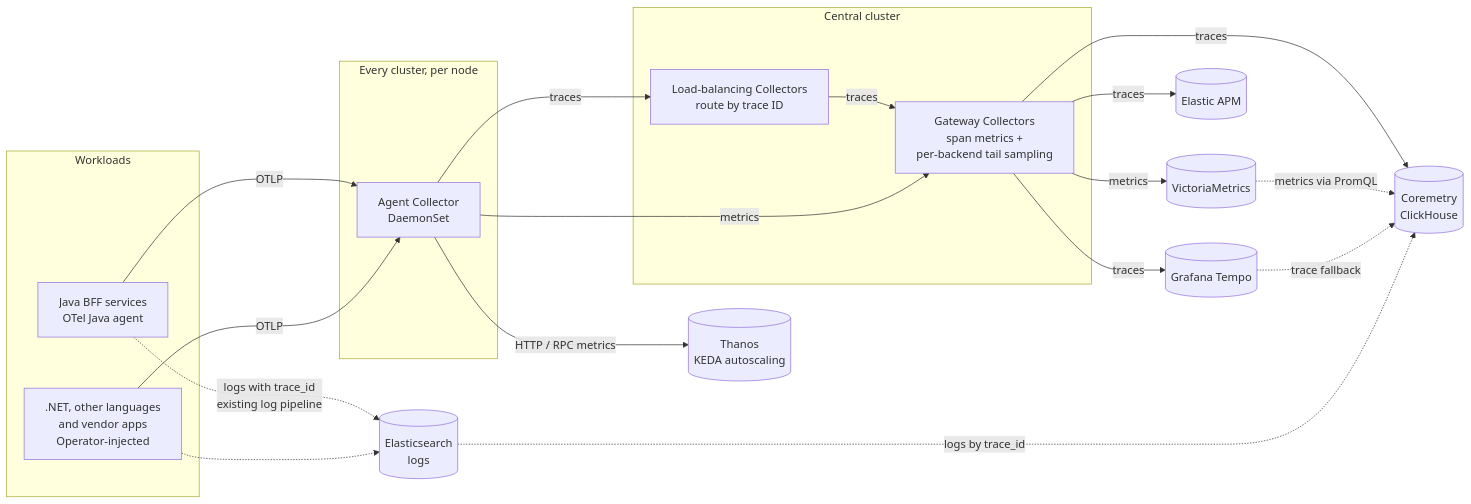
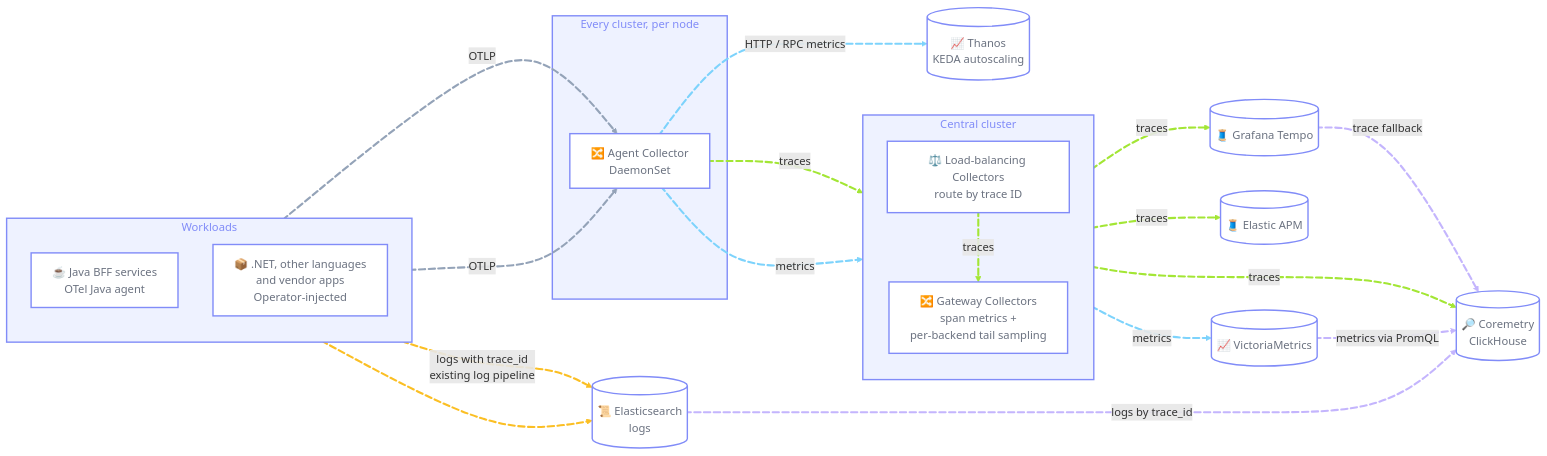
Before and after one commit to open-telemetry/opentelemetry.io: the diagram in content/en/docs/guidance/reference-implementations/akbank/index.md, drawn with Mermaid.

Commit message:
Akbank reference implementation: colour the architecture diagram by signal and animate the flows

````diff
--- a/content/en/docs/guidance/reference-implementations/akbank/index.md
+++ b/content/en/docs/guidance/reference-implementations/akbank/index.md
@@ -153,29 +153,70 @@
 ```mermaid
-graph LR
-  subgraph Workloads
-    J[Java BFF services<br/>OTel Java agent]
-    N[".NET, other languages<br/>and vendor apps<br/>Operator-injected"]
+---
+config:
+  flowchart:
+    curve: basis
+---
+flowchart LR
+  subgraph Workloads["Workloads"]
+    direction TB
+    J["☕ Java BFF services<br/>OTel Java agent"]:::node
+    N["📦 .NET, other languages<br/>and vendor apps<br/>Operator-injected"]:::node
   end
   subgraph edge["Every cluster, per node"]
-    A[Agent Collector<br/>DaemonSet]
+    A["🔀 Agent Collector<br/>DaemonSet"]:::node
   end
   subgraph central["Central cluster"]
-    LB[Load-balancing Collectors<br/>route by trace ID]
-    G[Gateway Collectors<br/>span metrics +<br/>per-backend tail sampling]
+    direction TB
+    LB["⚖️ Load-balancing Collectors<br/>route by trace ID"]:::node
+    G["🔀 Gateway Collectors<br/>span metrics +<br/>per-backend tail sampling"]:::node
   end
-  J -->|OTLP| A
-  N -->|OTLP| A
-  A -->|traces| LB
-  LB -->|traces| G
-  A -->|metrics| G
-  A -->|HTTP / RPC metrics| K[(Thanos<br/>KEDA autoscaling)]
-  G -->|traces| T[(Grafana Tempo)]
-  G -->|traces| EA[(Elastic APM)]
-  G -->|traces| C[(Coremetry<br/>ClickHouse)]
-  G -->|metrics| M[(VictoriaMetrics)]
-  M -.->|metrics via PromQL| C
-  J -.->|logs with trace_id<br/>existing log pipeline| E[(Elasticsearch<br/>logs)]
-  N -.-> E
-  T -.->|trace fallback| C
-  E -.->|logs by trace_id| C
+  K[("📈 Thanos<br/>KEDA autoscaling")]:::store
+  T[("🧵 Grafana Tempo")]:::store
+  EA[("🧵 Elastic APM")]:::store
+  C[("🔎 Coremetry<br/>ClickHouse")]:::store
+  M[("📈 VictoriaMetrics")]:::store
+  E[("📜 Elasticsearch<br/>logs")]:::store
+
+  J L_J_A@== OTLP ==> A
+  N L_N_A@== OTLP ==> A
+  A L_A_LB@== traces ==> LB
+  LB L_LB_G@== traces ==> G
+  A L_A_G@== metrics ==> G
+  A L_A_K@== "HTTP / RPC metrics" ==> K
+  G L_G_T@== traces ==> T
+  G L_G_EA@== traces ==> EA
+  G L_G_C@== traces ==> C
+  G L_G_M@== metrics ==> M
+  M L_M_C@-. "metrics via PromQL" .-> C
+  J L_J_E@-. "logs with trace_id<br/>existing log pipeline" .-> E
+  N L_N_E@-.-> E
+  T L_T_C@-. "trace fallback" .-> C
+  E L_E_C@-. "logs by trace_id" .-> C
+
+  classDef node fill:#ffffff, stroke:#818cf8, stroke-width:2px, color:#6b7280
+  classDef store fill:#ffffff, stroke:#818cf8, stroke-width:2px, color:#6b7280
+  style Workloads fill:#eef2ff, stroke:#818cf8, stroke-width:2px, color:#818cf8
+  style edge fill:#eef2ff, stroke:#818cf8, stroke-width:2px, color:#818cf8
+  style central fill:#eef2ff, stroke:#818cf8, stroke-width:2px, color:#818cf8
+  linkStyle 0,1 stroke:#94a3b8, fill:none, stroke-width:3px
+  linkStyle 2,3,6,7,8 stroke:#a3e635, fill:none, stroke-width:3px
+  linkStyle 4,5,9 stroke:#7dd3fc, fill:none, stroke-width:3px
+  linkStyle 11,12 stroke:#fbbf24, fill:none, stroke-width:3px
+  linkStyle 10,13,14 stroke:#c4b5fd, fill:none, stroke-width:3px
+
+  L_J_A@{ animation: fast }
+  L_N_A@{ animation: fast }
+  L_A_LB@{ animation: fast }
+  L_LB_G@{ animation: fast }
+  L_A_G@{ animation: fast }
+  L_A_K@{ animation: fast }
+  L_G_T@{ animation: fast }
+  L_G_EA@{ animation: fast }
+  L_G_C@{ animation: fast }
+  L_G_M@{ animation: fast }
+  L_M_C@{ animation: slow }
+  L_J_E@{ animation: slow }
+  L_N_E@{ animation: slow }
+  L_T_C@{ animation: slow }
+  L_E_C@{ animation: slow }
 ```
````
